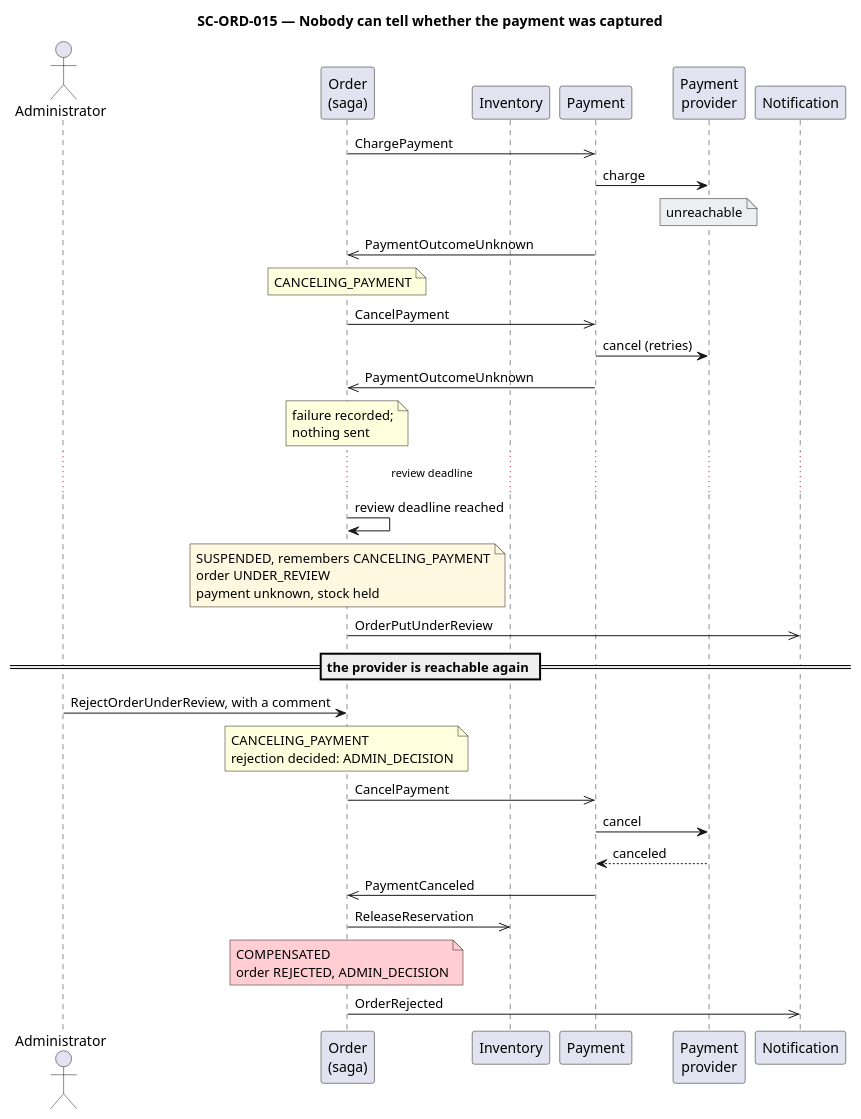
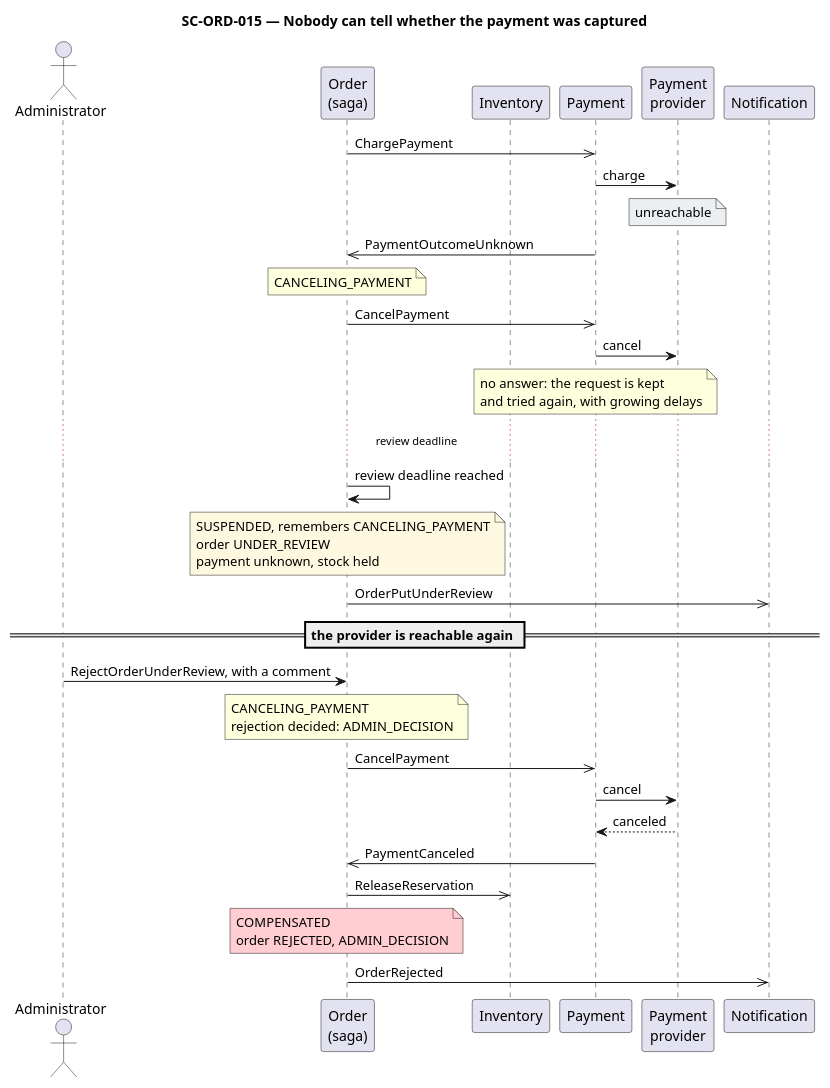
Before and after one commit to AxeloLabs/alten-commerce-platform: the diagram in doc/2-spec/03-event-driven-architecture/diagrams/sc-ord-015.puml, drawn with PlantUML. The commit also changed 13 other files, not shown here.

```diff
--- a/doc/2-spec/03-event-driven-architecture/diagrams/sc-ord-015.puml
+++ b/doc/2-spec/03-event-driven-architecture/diagrams/sc-ord-015.puml
@@ -1,33 +1,32 @@
 @startuml
 title SC-ORD-015 — Nobody can tell whether the payment was captured
 actor Administrator as A
 participant "Order\n(saga)" as O
 participant "Inventory" as I
 participant "Payment" as P
 participant "Payment\nprovider" as PSP
 participant "Notification" as N
 
 O ->> P : ChargePayment
 P -> PSP : charge
 note over PSP #ECEFF1 : unreachable
 P ->> O : PaymentOutcomeUnknown
 note over O : CANCELING_PAYMENT
 O ->> P : CancelPayment
-P -> PSP : cancel (retries)
-P ->> O : PaymentOutcomeUnknown
-note over O : failure recorded;\nnothing sent
+P -> PSP : cancel
+note over P : no answer: the request is kept\nand tried again, with growing delays
 ... review deadline ...
 O -> O : review deadline reached
 note over O #FFF8E1 : SUSPENDED, remembers CANCELING_PAYMENT\norder UNDER_REVIEW\npayment unknown, stock held
 O ->> N : OrderPutUnderReview
 == the provider is reachable again ==
 A -> O : RejectOrderUnderReview, with a comment
 note over O : CANCELING_PAYMENT\nrejection decided: ADMIN_DECISION
 O ->> P : CancelPayment
 P -> PSP : cancel
 PSP --> P : canceled
 P ->> O : PaymentCanceled
 O ->> I : ReleaseReservation
 note over O #FFCDD2 : COMPENSATED\norder REJECTED, ADMIN_DECISION
 O ->> N : OrderRejected
 @enduml
```
